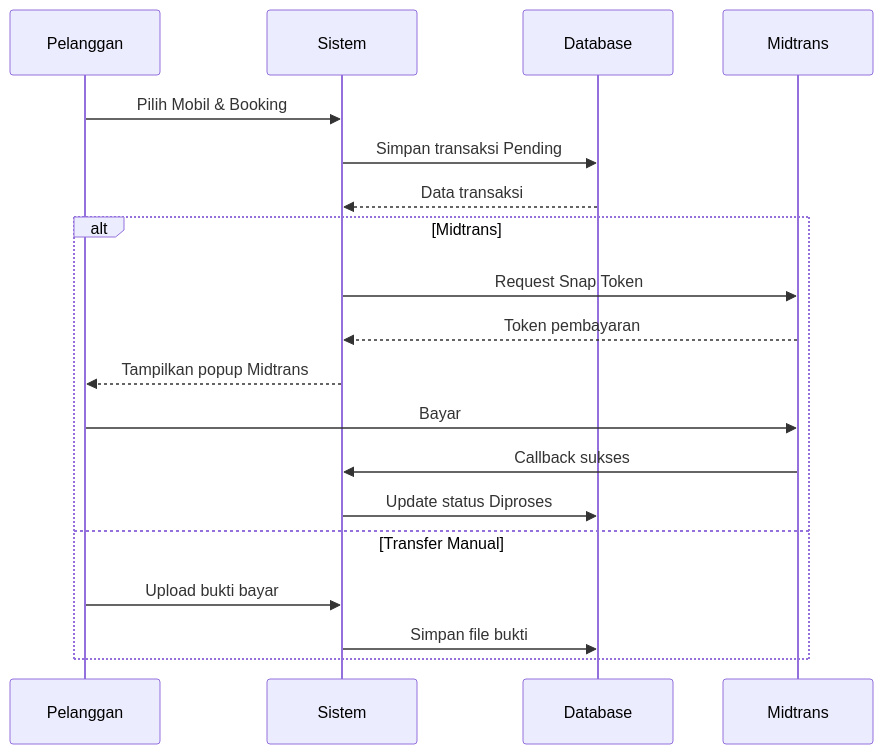
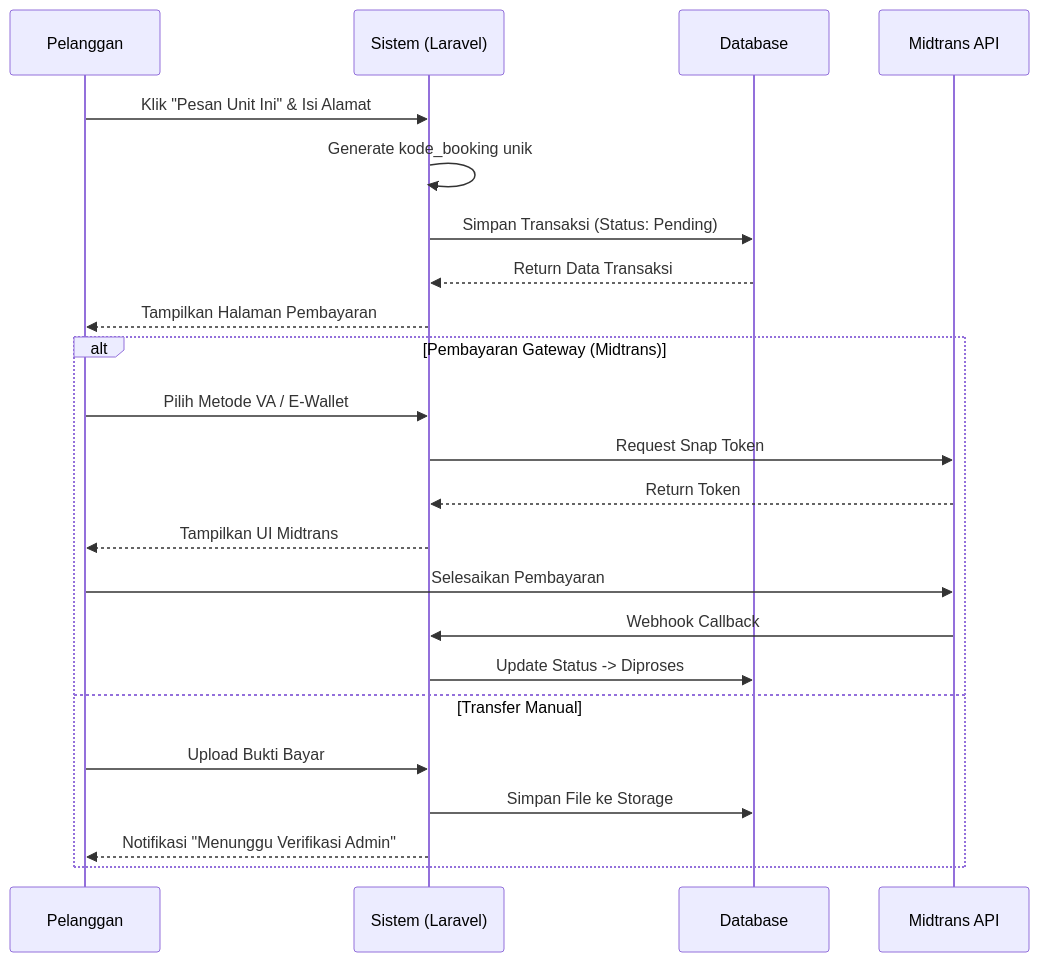
Before and after one commit to ohmyzan/Sistem-Penjualan-Mobil: the second of 3 diagrams in README.md, drawn with Mermaid. The commit also changed other lines of this file, not shown here.

````diff
--- a/README.md
+++ b/README.md
@@ -167,23 +129,27 @@
 ```mermaid
 sequenceDiagram
-    participant U as Pelanggan
-    participant S as Sistem
+    participant P as Pelanggan
+    participant S as Sistem (Laravel)
     participant DB as Database
-    participant M as Midtrans
+    participant M as Midtrans API
 
-    U->>S: Pilih Mobil & Booking
-    S->>DB: Simpan transaksi Pending
-    DB-->>S: Data transaksi
+    P->>S: Klik "Pesan Unit Ini" & Isi Alamat
+    S->>S: Generate kode_booking unik
+    S->>DB: Simpan Transaksi (Status: Pending)
+    DB-->>S: Return Data Transaksi
+    S-->>P: Tampilkan Halaman Pembayaran
 
-    alt Midtrans
+    alt Pembayaran Gateway (Midtrans)
+        P->>S: Pilih Metode VA / E-Wallet
         S->>M: Request Snap Token
-        M-->>S: Token pembayaran
-        S-->>U: Tampilkan popup Midtrans
-        U->>M: Bayar
-        M->>S: Callback sukses
-        S->>DB: Update status Diproses
+        M-->>S: Return Token
+        S-->>P: Tampilkan UI Midtrans
+        P->>M: Selesaikan Pembayaran
+        M->>S: Webhook Callback
+        S->>DB: Update Status -> Diproses
     else Transfer Manual
-        U->>S: Upload bukti bayar
-        S->>DB: Simpan file bukti
+        P->>S: Upload Bukti Bayar
+        S->>DB: Simpan File ke Storage
+        S-->>P: Notifikasi "Menunggu Verifikasi Admin"
     end
 ```
````
